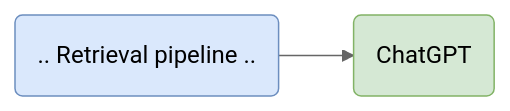
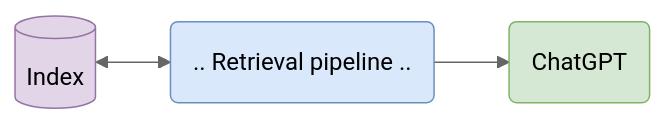
One commit to IntelLabs/fastRAG changed the third of 6 diagrams in README.md. Above: the diagram before and after it, drawn with Mermaid (neutral theme). The commit also changed other lines of this file and 12 other files, not shown here.

````diff
--- a/README.md
+++ b/README.md
@@ -107,6 +213,7 @@
 ```mermaid
 flowchart LR
-    id2(.. Retrieval pipeline ..) --> id4(ChatGPT)
+    id1[(Index)] <--> id2(.. Retrieval pipeline ..) --> id4(ChatGPT)
+    style id1 fill:#E1D5E7,stroke:#9673A6
     style id2 fill:#DAE8FC,stroke:#6C8EBF
     style id4 fill:#D5E8D4,stroke:#82B366
 ```
````
